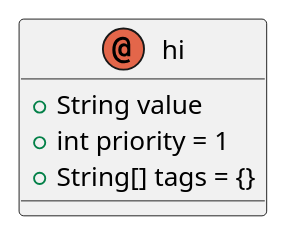
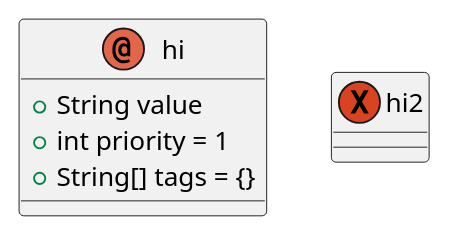
Before and after one commit to abeGizaw/JavaUMLCreator: the diagram in rattempt/mockingstuff.puml, drawn with PlantUML. The commit also changed 15 other files, not shown here.

```diff
--- a/rattempt/mockingstuff.puml
+++ b/rattempt/mockingstuff.puml
@@ -1,10 +1,13 @@
 @startuml
 'https://plantuml.com/sequence-diagram
 
 annotation hi{
  + String value
  + int priority = 1
  + String[] tags = {}
 }
 
+exception hi2{
+}
+
 @enduml
```
